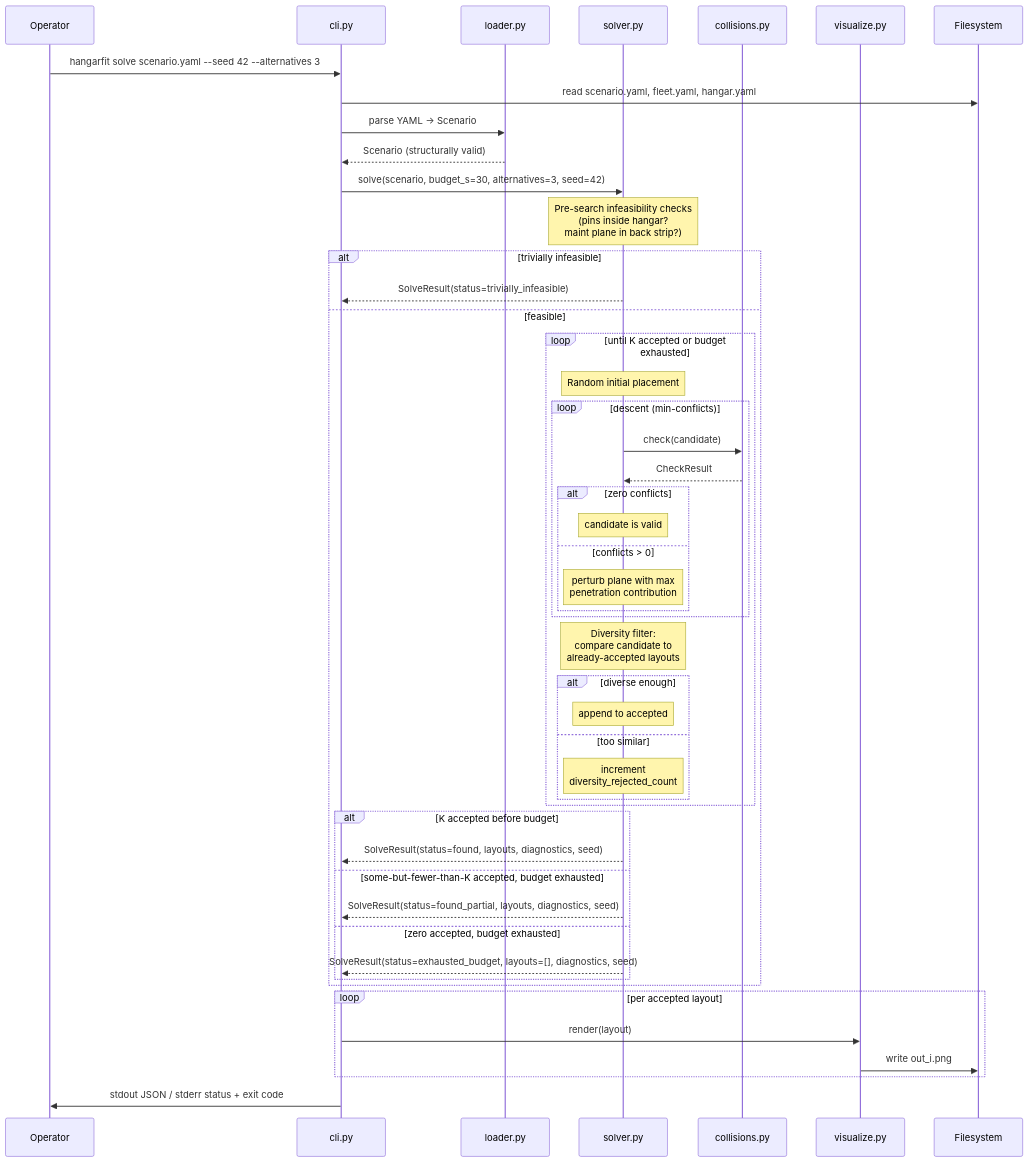
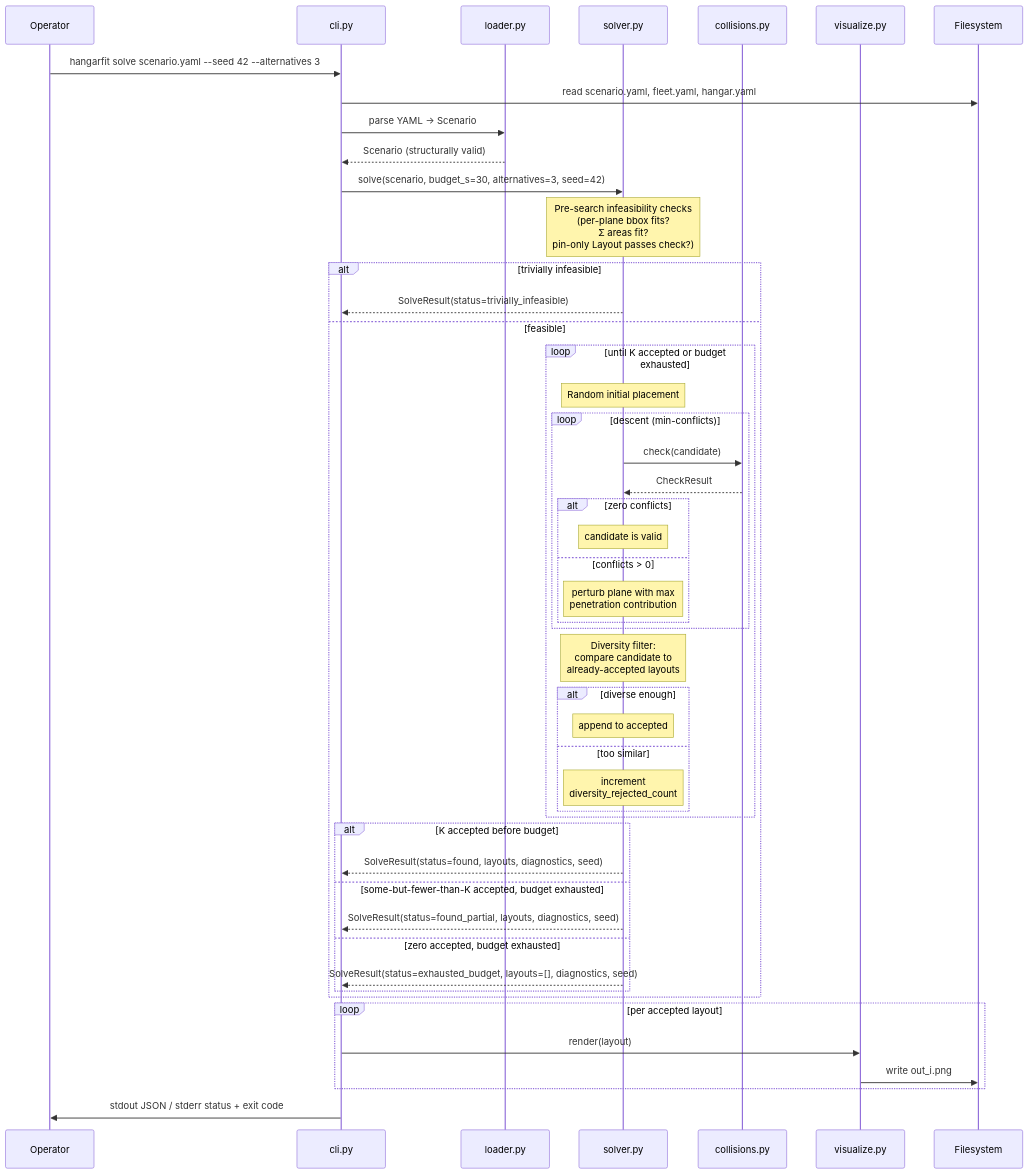
Before and after one commit to DocGerd/hangarfit: the second of 2 diagrams in docs/architecture/06-runtime-view.md, drawn with Mermaid. The commit also changed 6 other files, not shown here.

````diff
--- a/docs/architecture/06-runtime-view.md
+++ b/docs/architecture/06-runtime-view.md
@@ -61,53 +61,53 @@
 ```mermaid
 sequenceDiagram
     participant Op as Operator
     participant CLI as cli.py
     participant Loader as loader.py
     participant Solver as solver.py
     participant Coll as collisions.py
     participant Viz as visualize.py
     participant FS as Filesystem
 
     Op->>CLI: hangarfit solve scenario.yaml --seed 42 --alternatives 3
     CLI->>FS: read scenario.yaml, fleet.yaml, hangar.yaml
     CLI->>Loader: parse YAML → Scenario
     Loader-->>CLI: Scenario (structurally valid)
 
     CLI->>Solver: solve(scenario, budget_s=30, alternatives=3, seed=42)
-    Note over Solver: Pre-search infeasibility checks<br/>(pins inside hangar?<br/>maint plane in back strip?)
+    Note over Solver: Pre-search infeasibility checks<br/>(per-plane bbox fits?<br/>Σ areas fit?<br/>pin-only Layout passes check?)
     alt trivially infeasible
         Solver-->>CLI: SolveResult(status=trivially_infeasible)
     else feasible
         loop until K accepted or budget exhausted
             Note over Solver: Random initial placement
             loop descent (min-conflicts)
                 Solver->>Coll: check(candidate)
                 Coll-->>Solver: CheckResult
                 alt zero conflicts
                     Note over Solver: candidate is valid
                 else conflicts > 0
                     Note over Solver: perturb plane with max<br/>penetration contribution
                 end
             end
             Note over Solver: Diversity filter:<br/>compare candidate to<br/>already-accepted layouts
             alt diverse enough
                 Note over Solver: append to accepted
             else too similar
                 Note over Solver: increment<br/>diversity_rejected_count
             end
         end
         alt K accepted before budget
             Solver-->>CLI: SolveResult(status=found, layouts, diagnostics, seed)
         else some-but-fewer-than-K accepted, budget exhausted
             Solver-->>CLI: SolveResult(status=found_partial, layouts, diagnostics, seed)
         else zero accepted, budget exhausted
             Solver-->>CLI: SolveResult(status=exhausted_budget, layouts=[], diagnostics, seed)
         end
     end
 
     loop per accepted layout
         CLI->>Viz: render(layout)
         Viz->>FS: write out_i.png
     end
     CLI->>Op: stdout JSON / stderr status + exit code
 ```
````
